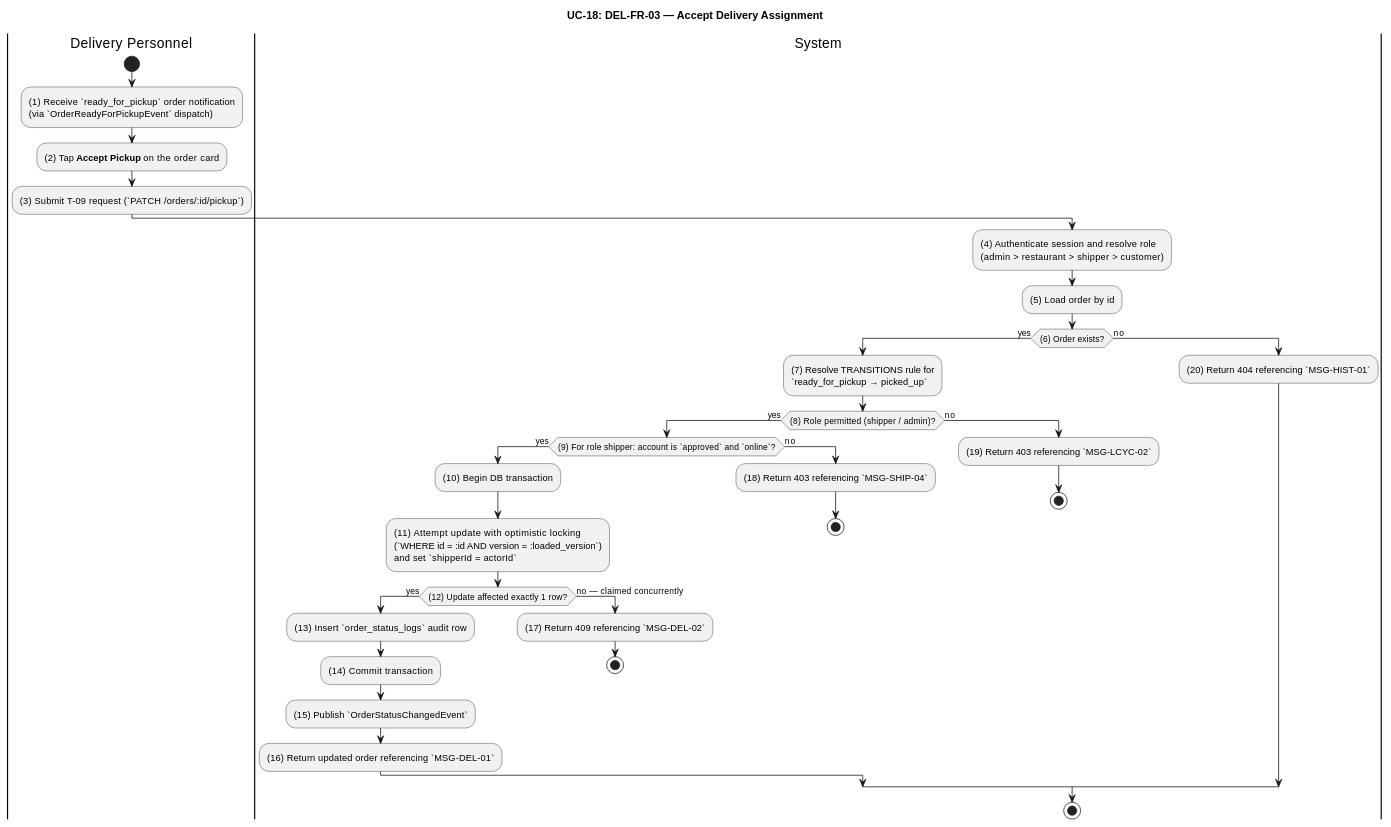
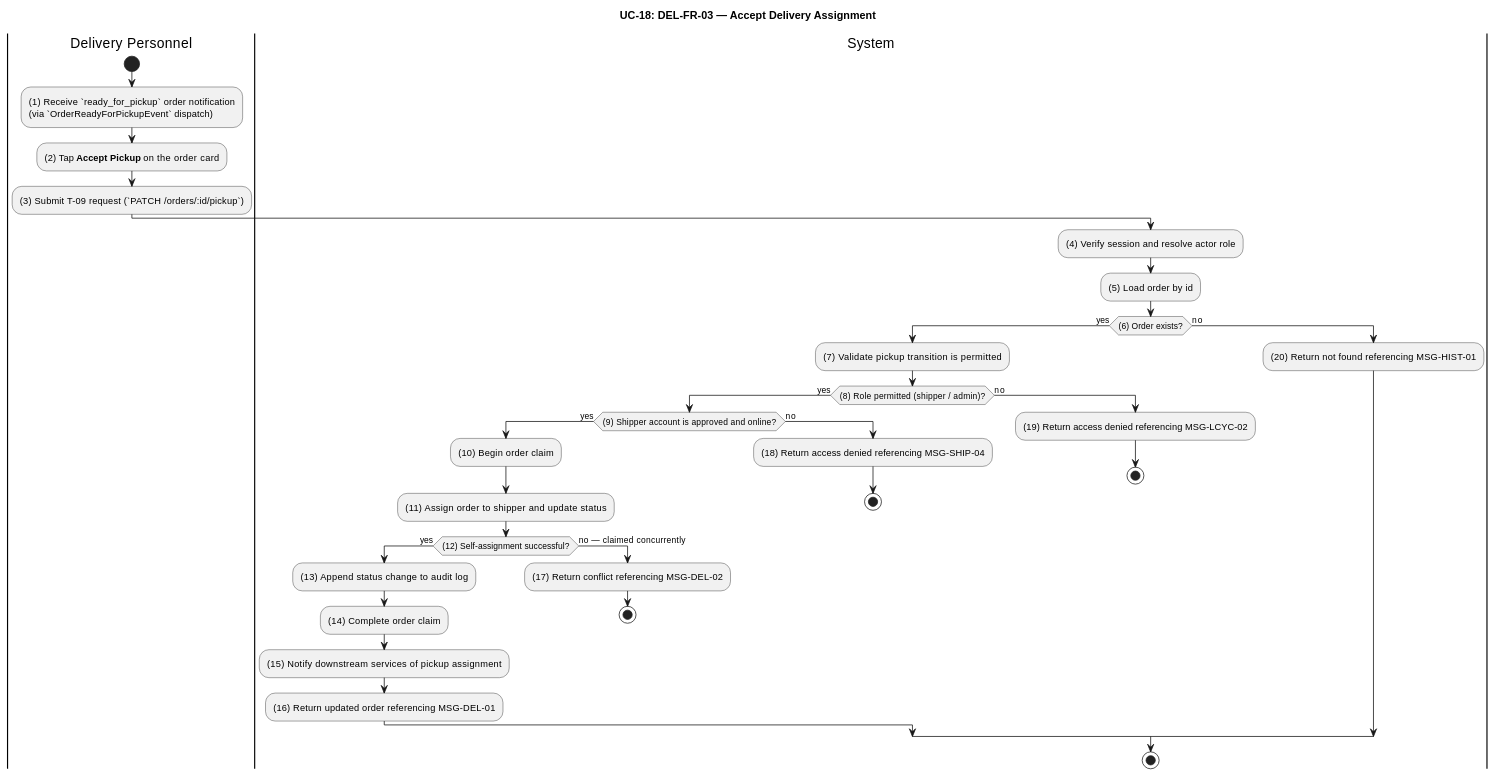
One commit to luubinhdeptrai/Food_Delivery changed diagram 18 of 26 in apps/api/docs/Final_Documents/SRS_FoodDelivery.md. Above: the diagram before and after it, drawn with PlantUML. The commit also changed other lines of this file, not shown here.

````diff
--- a/apps/api/docs/Final_Documents/SRS_FoodDelivery.md
+++ b/apps/api/docs/Final_Documents/SRS_FoodDelivery.md
@@ -1279,43 +1299,43 @@
 ```plantuml
 @startuml UC18-AcceptDeliveryAssignment
 title UC-18: DEL-FR-03 — Accept Delivery Assignment
 skinparam ConditionEndStyle hline
 
 |Delivery Personnel|
 start
 :(1) Receive `ready_for_pickup` order notification\n(via `OrderReadyForPickupEvent` dispatch);
 :(2) Tap **Accept Pickup** on the order card;
 :(3) Submit T-09 request (`PATCH /orders/:id/pickup`);
 
 |System|
-:(4) Authenticate session and resolve role\n(admin > restaurant > shipper > customer);
+:(4) Verify session and resolve actor role;
 :(5) Load order by id;
 if ((6) Order exists?) then (yes)
-  :(7) Resolve TRANSITIONS rule for\n`ready_for_pickup → picked_up`;
+  :(7) Validate pickup transition is permitted;
   if ((8) Role permitted (shipper / admin)?) then (yes)
-    if ((9) For role shipper: account is `approved` and `online`?) then (yes)
-      :(10) Begin DB transaction;
-      :(11) Attempt update with optimistic locking\n(`WHERE id = :id AND version = :loaded_version`)\nand set `shipperId = actorId`;
-      if ((12) Update affected exactly 1 row?) then (yes)
-        :(13) Insert `order_status_logs` audit row;
-        :(14) Commit transaction;
-        :(15) Publish `OrderStatusChangedEvent`;
-        :(16) Return updated order referencing `MSG-DEL-01`;
+    if ((9) Shipper account is approved and online?) then (yes)
+      :(10) Begin order claim;
+      :(11) Assign order to shipper and update status;
+      if ((12) Self-assignment successful?) then (yes)
+        :(13) Append status change to audit log;
+        :(14) Complete order claim;
+        :(15) Notify downstream services of pickup assignment;
+        :(16) Return updated order referencing MSG-DEL-01;
       else (no — claimed concurrently)
-        :(17) Return 409 referencing `MSG-DEL-02`;
+        :(17) Return conflict referencing MSG-DEL-02;
         stop
       endif
     else (no)
-      :(18) Return 403 referencing `MSG-SHIP-04`;
+      :(18) Return access denied referencing MSG-SHIP-04;
       stop
     endif
   else (no)
-    :(19) Return 403 referencing `MSG-LCYC-02`;
+    :(19) Return access denied referencing MSG-LCYC-02;
     stop
   endif
 else (no)
-  :(20) Return 404 referencing `MSG-HIST-01`;
+  :(20) Return not found referencing MSG-HIST-01;
 endif
 stop
 @enduml
 ```
````
